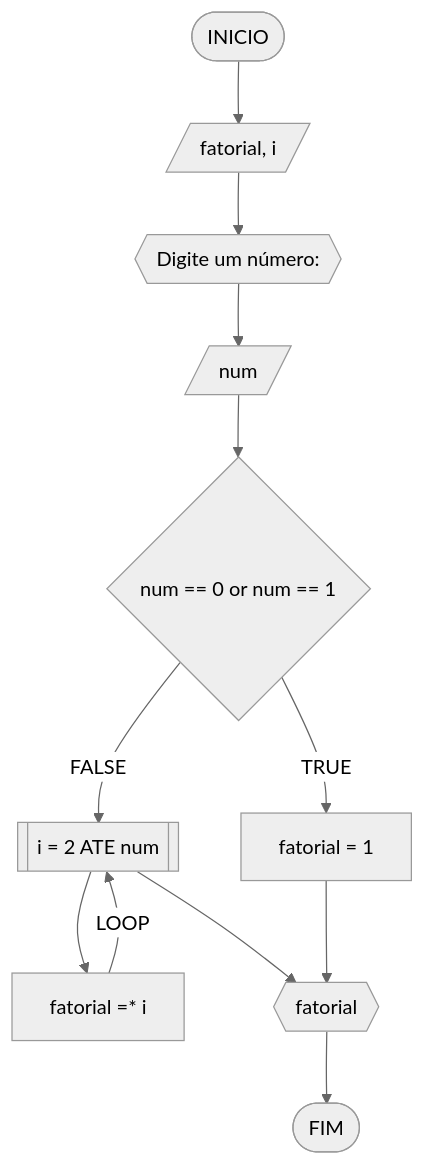
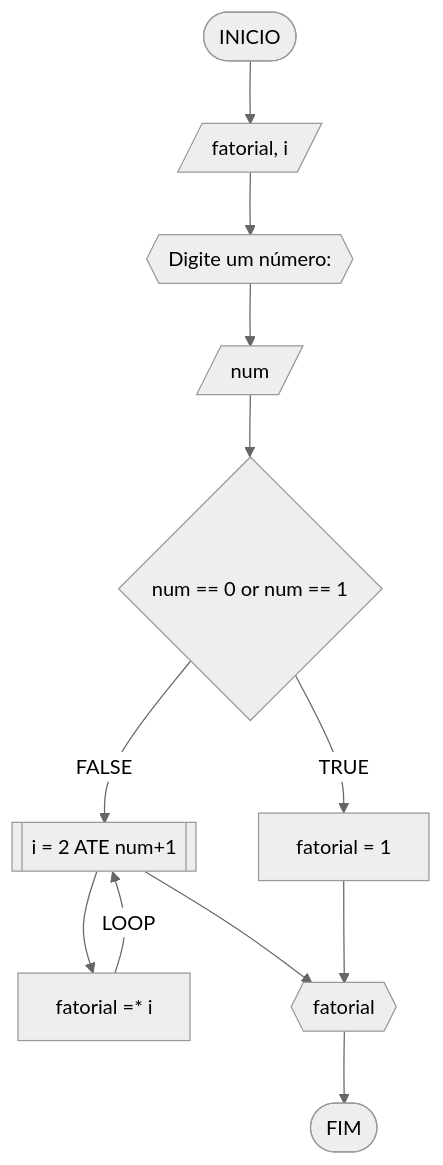
One commit to AlissonFT2/unifor changed the fifth of 7 diagrams in RLA/unidade1/AD1.md. Above: the diagram before and after it, drawn with Mermaid (neutral theme). The commit also changed other lines of this file, not shown here.

````diff
--- a/RLA/unidade1/AD1.md
+++ b/RLA/unidade1/AD1.md
@@ -258,16 +258,16 @@
 ```mermaid
 flowchart TD
 A([INICIO]) --> Z[/fatorial, i/] 
 Z --> B{{Digite um número: }}
 B --> C[/num/]
 C --> D{num == 0 or num == 1}
 
 D --TRUE--> E[fatorial = 1]
 
-D --FALSE--> F[[i = 2 ATE num]]
+D --FALSE--> F[[i = 2 ATE num+1]]
 F --> G[fatorial =* i]
 G --LOOP--> F
 F & E --> H{{fatorial}}
 H --> Y([FIM])
 
 ```
````
